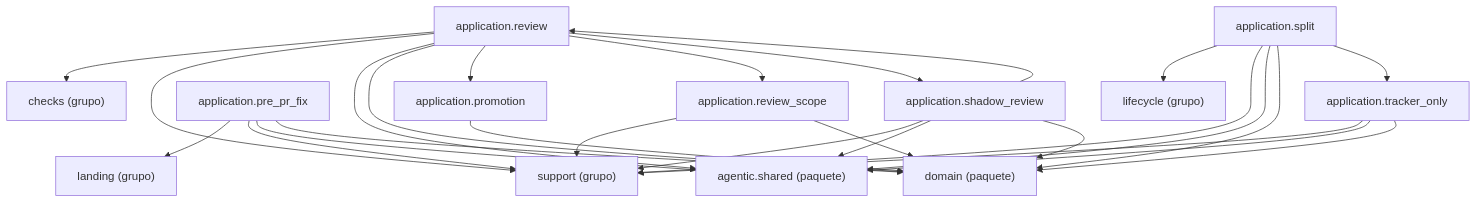
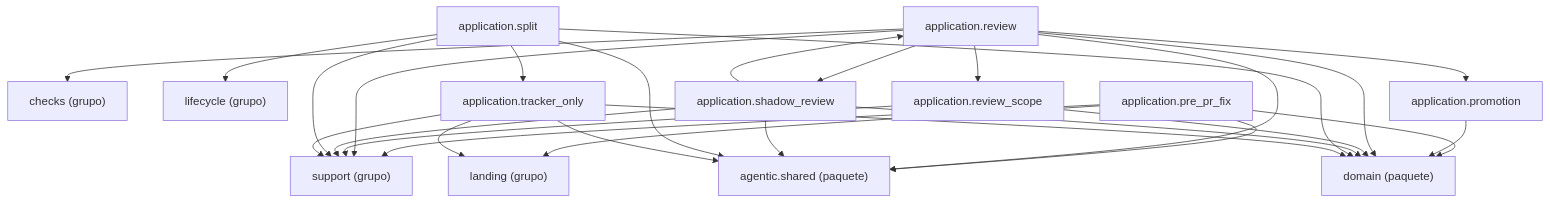
Before and after one commit to GonzaloZevallos/agentic-system: the diagram in docs/architecture/generated/packages-process-application-build-2.md, drawn with Mermaid. The commit also changed 2 other files, not shown here.

Commit message:
Document the tracker_only path for system items in ADR-0062 and the glossary

````diff
--- a/docs/architecture/generated/packages-process-application-build-2.md
+++ b/docs/architecture/generated/packages-process-application-build-2.md
@@ -16,42 +16,43 @@
 ```mermaid
 graph TD
     g_application__checks["checks (grupo)"]
     g_application__landing["landing (grupo)"]
     g_application__lifecycle["lifecycle (grupo)"]
     g_application__support["support (grupo)"]
     g_pkg__agentic__shared["agentic.shared (paquete)"]
     g_pkg__domain["domain (paquete)"]
     m_application__pre_pr_fix["application.pre_pr_fix"]
     m_application__promotion["application.promotion"]
     m_application__review["application.review"]
     m_application__review_scope["application.review_scope"]
     m_application__shadow_review["application.shadow_review"]
     m_application__split["application.split"]
     m_application__tracker_only["application.tracker_only"]
     m_application__pre_pr_fix --> g_application__landing
     m_application__pre_pr_fix --> g_application__support
     m_application__pre_pr_fix --> g_pkg__agentic__shared
     m_application__pre_pr_fix --> g_pkg__domain
     m_application__promotion --> g_pkg__domain
     m_application__review --> g_application__checks
     m_application__review --> g_application__support
     m_application__review --> g_pkg__agentic__shared
     m_application__review --> g_pkg__domain
     m_application__review --> m_application__promotion
     m_application__review --> m_application__review_scope
     m_application__review --> m_application__shadow_review
     m_application__review_scope --> g_application__support
     m_application__review_scope --> g_pkg__domain
     m_application__shadow_review --> g_application__support
     m_application__shadow_review --> g_pkg__agentic__shared
     m_application__shadow_review --> g_pkg__domain
     m_application__shadow_review --> m_application__review
     m_application__split --> g_application__lifecycle
     m_application__split --> g_application__support
     m_application__split --> g_pkg__agentic__shared
     m_application__split --> g_pkg__domain
     m_application__split --> m_application__tracker_only
+    m_application__tracker_only --> g_application__landing
     m_application__tracker_only --> g_application__support
     m_application__tracker_only --> g_pkg__agentic__shared
     m_application__tracker_only --> g_pkg__domain
 ```
````
